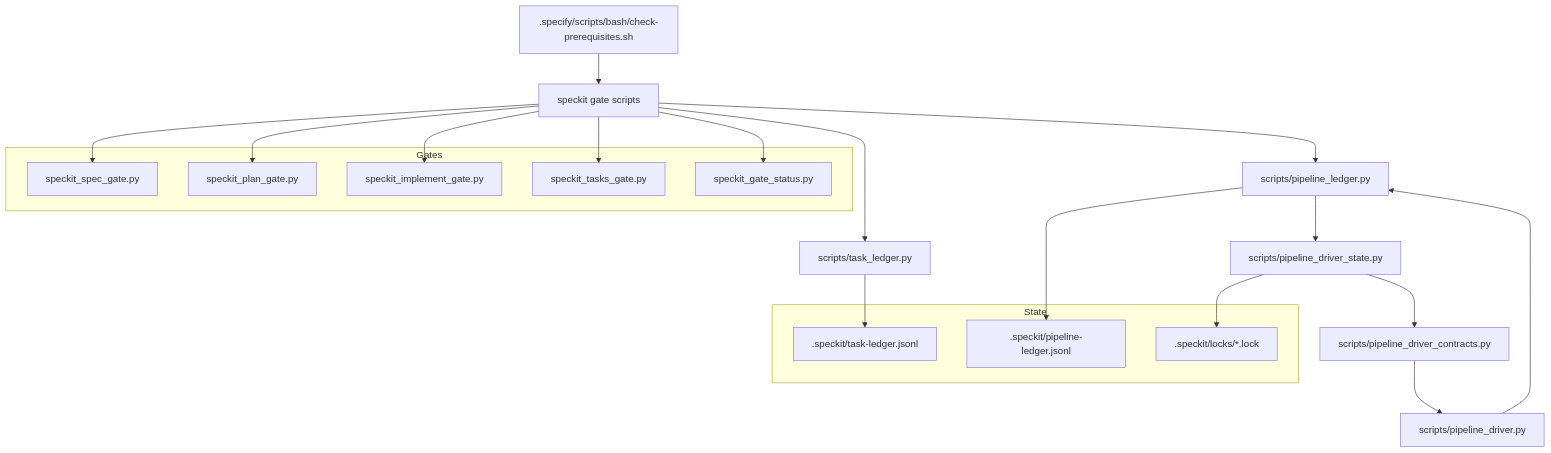
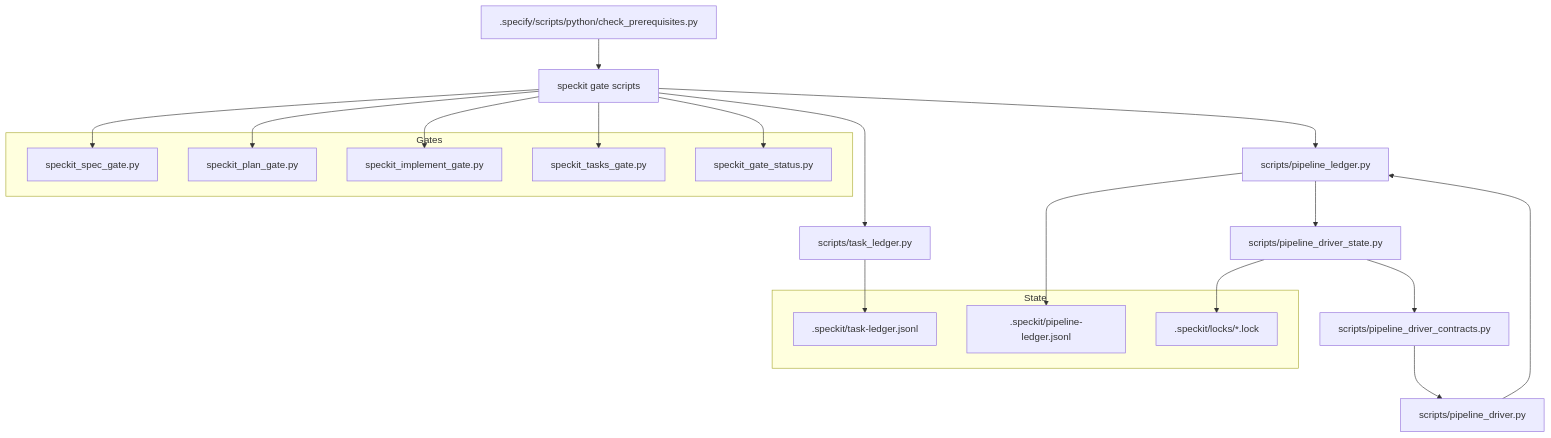
One commit to aborczuk/app-foundation changed the diagram in docs/governance/pipeline-driver-readme.md. Above: the diagram before and after it, drawn with Mermaid. The commit also changed other lines of this file and 125 other files, not shown here.

Commit message:
removed all shell scripts. added proper environment set up in bash profile so uv run works each time

````diff
--- a/docs/governance/pipeline-driver-readme.md
+++ b/docs/governance/pipeline-driver-readme.md
@@ -38,34 +38,34 @@
 ```mermaid
 flowchart TD
-    A[.specify/scripts/bash/check-prerequisites.sh] --> B[speckit gate scripts]
+    A[.specify/scripts/python/check_prerequisites.py] --> B[speckit gate scripts]
     B --> C[scripts/task_ledger.py]
     B --> D[scripts/pipeline_ledger.py]
     D --> E[scripts/pipeline_driver_state.py]
     E --> F[scripts/pipeline_driver_contracts.py]
     F --> G[scripts/pipeline_driver.py]
     G --> D
 
     subgraph Gates
         B1[speckit_spec_gate.py]
         B2[speckit_plan_gate.py]
         B3[speckit_implement_gate.py]
         B4[speckit_tasks_gate.py]
         B5[speckit_gate_status.py]
     end
 
     B --> B1
     B --> B2
     B --> B3
     B --> B4
     B --> B5
 
     subgraph State
         C1[.speckit/task-ledger.jsonl]
         D1[.speckit/pipeline-ledger.jsonl]
         E1[.speckit/locks/*.lock]
     end
 
     C --> C1
     D --> D1
     E --> E1
 ```
````
